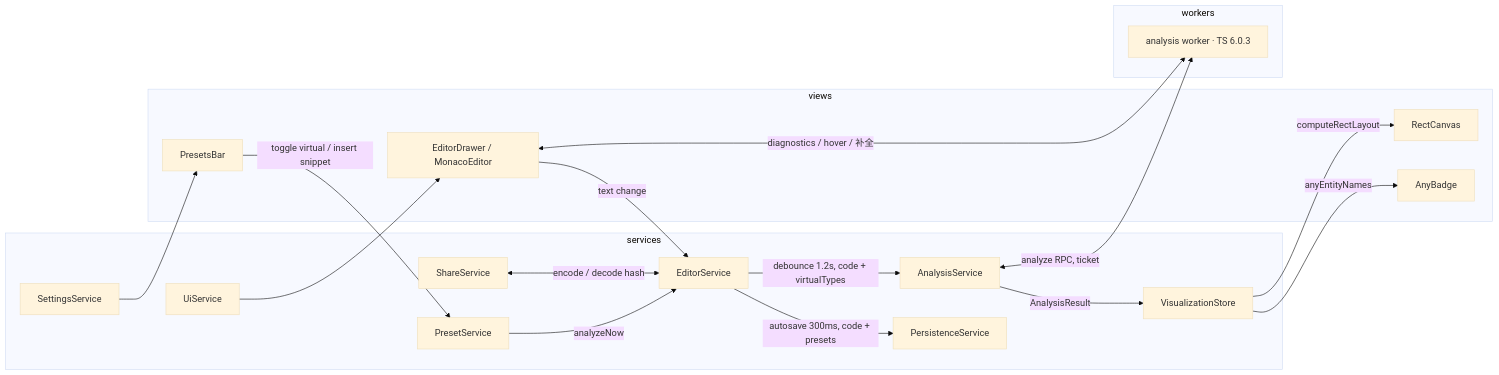
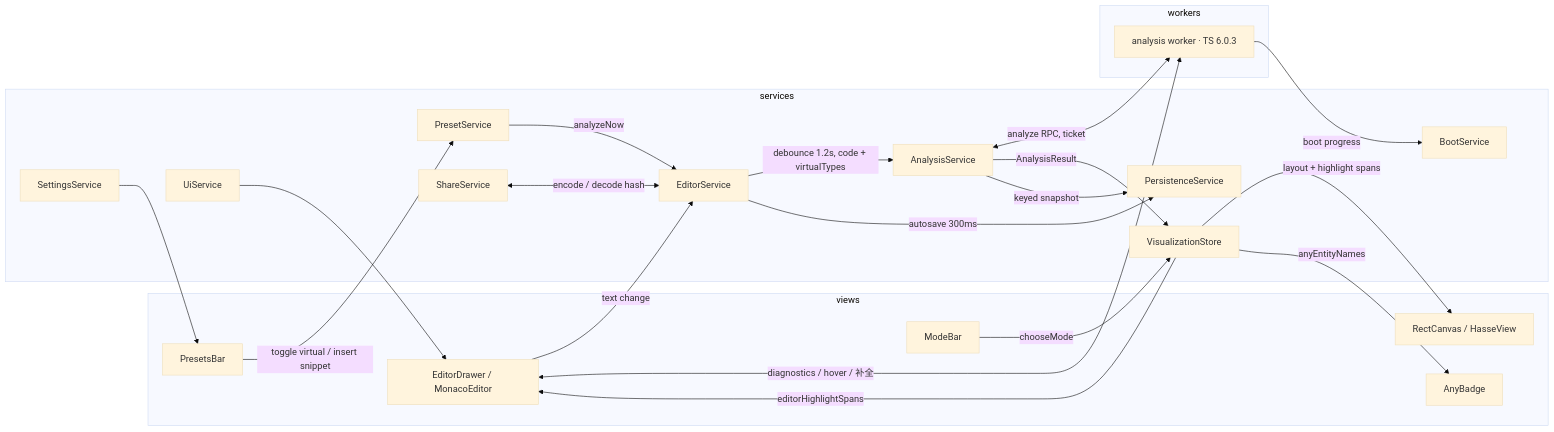
One commit to zthxxx/typarium changed the diagram in docs/architecture/工程架构设计.md. Above: the diagram before and after it, drawn with Mermaid (base theme). The commit also changed other lines of this file and 169 other files, not shown here.

First line of the commit message:
refactor: pnpm monorepo — five packages + apps/web, layering by package graph

````diff
--- a/docs/architecture/工程架构设计.md
+++ b/docs/architecture/工程架构设计.md
@@ -44,36 +67,42 @@
 ```mermaid
 flowchart LR
   subgraph views
     ED[EditorDrawer / MonacoEditor]
-    RC[RectCanvas]
+    RC[RectCanvas / HasseView]
+    MB[ModeBar]
     PB[PresetsBar]
     AB[AnyBadge]
   end
   subgraph services
     ES[EditorService]
     PR[PresetService]
     AS[AnalysisService]
     VZ[VisualizationStore]
+    BT[BootService]
     PS[PersistenceService]
     SH[ShareService]
     UI[UiService]
     ST[SettingsService]
   end
   subgraph workers
     AW[analysis worker · TS 6.0.3]
   end
 
   ED -->|text change| ES
   ED <-->|diagnostics / hover / 补全| AW
   PB -->|toggle virtual / insert snippet| PR
+  MB -->|chooseMode| VZ
   PR -->|analyzeNow| ES
   ES -->|debounce 1.2s, code + virtualTypes| AS
   AS <-->|analyze RPC, ticket| AW
   AS -->|AnalysisResult| VZ
-  VZ -->|computeRectLayout| RC
+  VZ -->|layout + highlight spans| RC
+  VZ -->|editorHighlightSpans| ED
   VZ -->|anyEntityNames| AB
-  ES -->|autosave 300ms, code + presets| PS
+  AW -->|boot progress| BT
+  ES -->|autosave 300ms| PS
+  AS -->|keyed snapshot| PS
   SH <-->|encode / decode hash| ES
   UI --> ED
   ST --> PB
 ```
````
